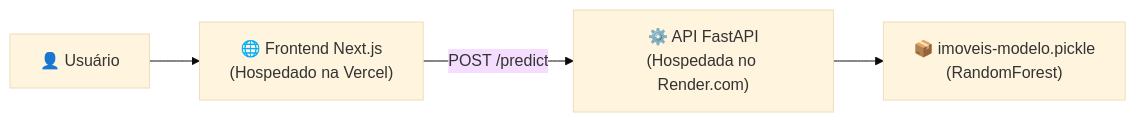
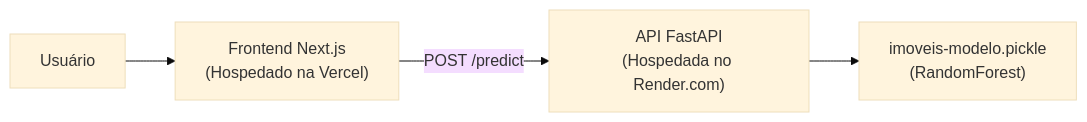
The diagram in README.md (TiagoGandra/ml-senac-grupo2), drawn with Mermaid (base theme) before and after one commit. The commit also changed other lines of this file, not shown here.

````diff
--- a/README.md
+++ b/README.md
@@ -103,6 +103,6 @@
 ```mermaid
 flowchart LR
-    User["👤 Usuário"] --> Frontend["🌐 Frontend Next.js\n(Hospedado na Vercel)"]
-    Frontend -- "POST /predict" --> Backend["⚙️ API FastAPI\n(Hospedada no Render.com)"]
-    Backend --> Model["📦 imoveis-modelo.pickle\n(RandomForest)"]
+    User["Usuário"] --> Frontend["Frontend Next.js\n(Hospedado na Vercel)"]
+    Frontend -- "POST /predict" --> Backend["API FastAPI\n(Hospedada no Render.com)"]
+    Backend --> Model["imoveis-modelo.pickle\n(RandomForest)"]
 ```
````
